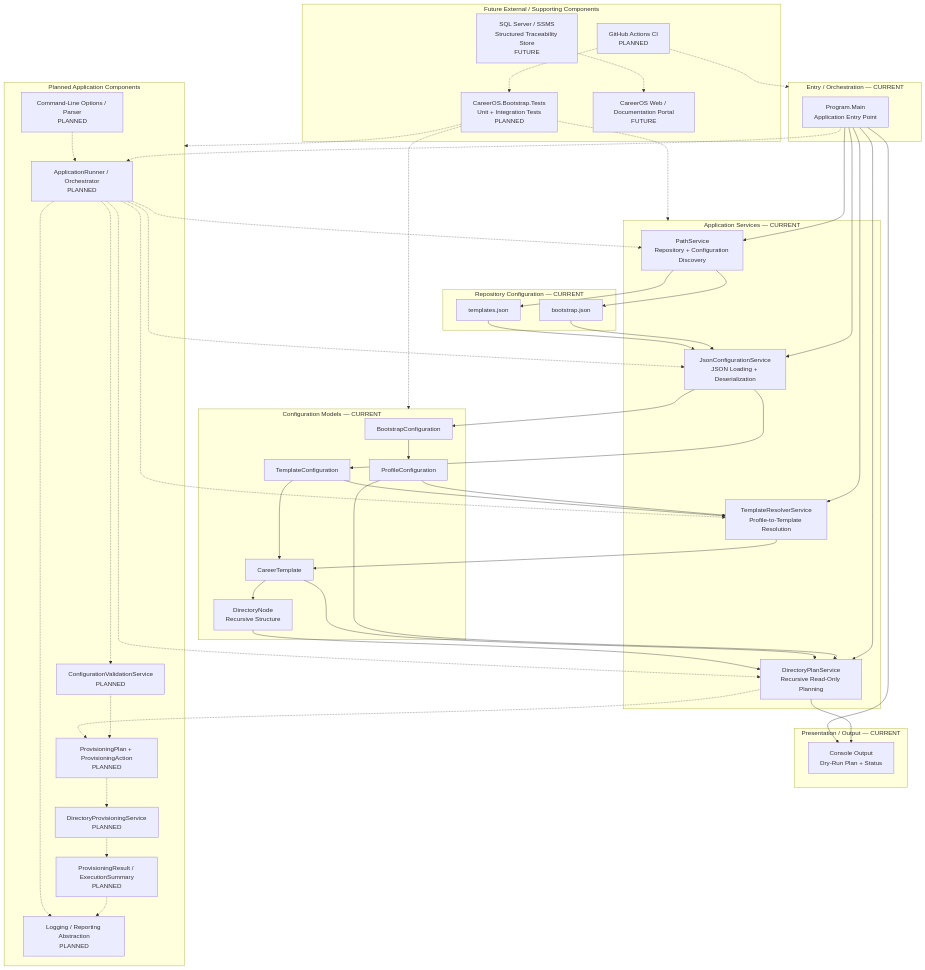
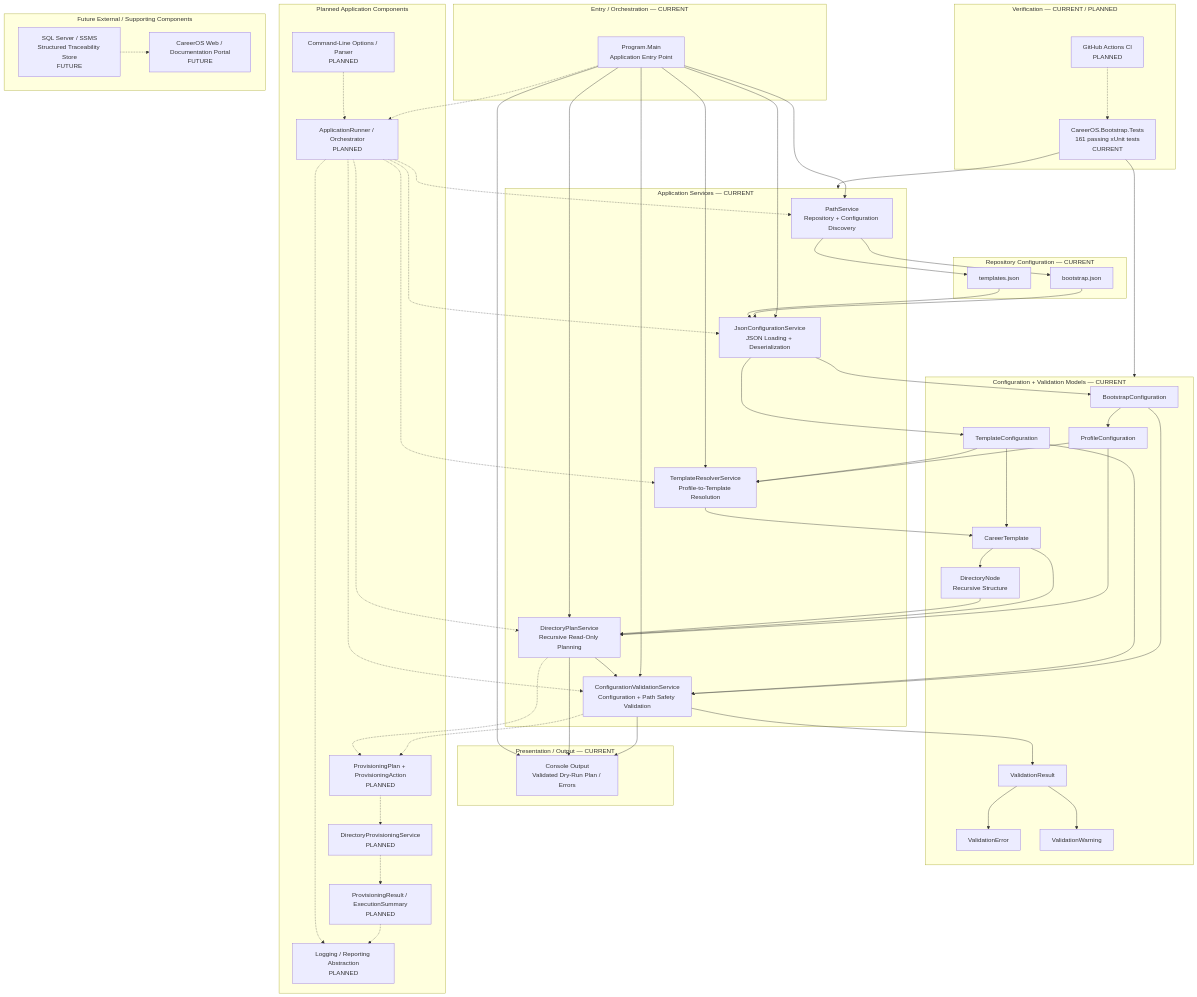
The first of 2 diagrams in Documentation/Diagrams/COMPONENT_DIAGRAM.md (ChrisLThompson/CareerOS.Bootstrap), drawn with Mermaid before and after one commit. The commit also changed other lines of this file and 15 other files, not shown here.

````diff
--- a/Documentation/Diagrams/COMPONENT_DIAGRAM.md
+++ b/Documentation/Diagrams/COMPONENT_DIAGRAM.md
@@ -25,16 +25,20 @@
     subgraph Services["Application Services — CURRENT"]
         PathService["PathService<br/>Repository + Configuration Discovery"]
         JsonService["JsonConfigurationService<br/>JSON Loading + Deserialization"]
+        Validator["ConfigurationValidationService<br/>Configuration + Path Safety Validation"]
         Resolver["TemplateResolverService<br/>Profile-to-Template Resolution"]
         Planner["DirectoryPlanService<br/>Recursive Read-Only Planning"]
     end
 
-    subgraph Models["Configuration Models — CURRENT"]
+    subgraph Models["Configuration + Validation Models — CURRENT"]
         BootstrapConfig["BootstrapConfiguration"]
         ProfileConfig["ProfileConfiguration"]
         TemplateConfig["TemplateConfiguration"]
         CareerTemplate["CareerTemplate"]
         DirectoryNode["DirectoryNode<br/>Recursive Structure"]
+        ValidationResult["ValidationResult"]
+        ValidationError["ValidationError"]
+        ValidationWarning["ValidationWarning"]
     end
 
     subgraph Config["Repository Configuration — CURRENT"]
@@ -43,11 +47,12 @@
     end
 
     subgraph Output["Presentation / Output — CURRENT"]
-        Console["Console Output<br/>Dry-Run Plan + Status"]
+        Console["Console Output<br/>Validated Dry-Run Plan / Errors"]
     end
 
     Program --> PathService
     Program --> JsonService
+    Program --> Validator
     Program --> Resolver
     Program --> Planner
 
@@ -64,6 +69,12 @@
     TemplateConfig --> CareerTemplate
     CareerTemplate --> DirectoryNode
 
+    BootstrapConfig --> Validator
+    TemplateConfig --> Validator
+    Validator --> ValidationResult
+    ValidationResult --> ValidationError
+    ValidationResult --> ValidationWarning
+
     ProfileConfig --> Resolver
     TemplateConfig --> Resolver
     Resolver --> CareerTemplate
@@ -72,13 +83,14 @@
     CareerTemplate --> Planner
     DirectoryNode --> Planner
 
+    Planner --> Validator
+    Validator --> Console
     Planner --> Console
     Program --> Console
 
     subgraph Planned["Planned Application Components"]
         AppRunner["ApplicationRunner / Orchestrator<br/>PLANNED"]
         Cli["Command-Line Options / Parser<br/>PLANNED"]
-        Validator["ConfigurationValidationService<br/>PLANNED"]
         ProvisioningPlan["ProvisioningPlan + ProvisioningAction<br/>PLANNED"]
         Provisioner["DirectoryProvisioningService<br/>PLANNED"]
         Results["ProvisioningResult / ExecutionSummary<br/>PLANNED"]
@@ -99,17 +111,19 @@
     Results -.-> Logging
     AppRunner -.-> Logging
 
+    subgraph Verification["Verification — CURRENT / PLANNED"]
+        Tests["CareerOS.Bootstrap.Tests<br/>161 passing xUnit tests<br/>CURRENT"]
+        GitHubActions["GitHub Actions CI<br/>PLANNED"]
+    end
+
+    Tests --> Services
+    Tests --> Models
+    GitHubActions -.-> Tests
+
     subgraph Future["Future External / Supporting Components"]
-        Tests["CareerOS.Bootstrap.Tests<br/>Unit + Integration Tests<br/>PLANNED"]
-        GitHubActions["GitHub Actions CI<br/>PLANNED"]
         SqlServer["SQL Server / SSMS<br/>Structured Traceability Store<br/>FUTURE"]
         WebPortal["CareerOS Web / Documentation Portal<br/>FUTURE"]
     end
 
-    Tests -.-> Services
-    Tests -.-> Models
-    Tests -.-> Planned
-    GitHubActions -.-> Tests
-    GitHubActions -.-> Entry
     SqlServer -.-> WebPortal
 ```
````
